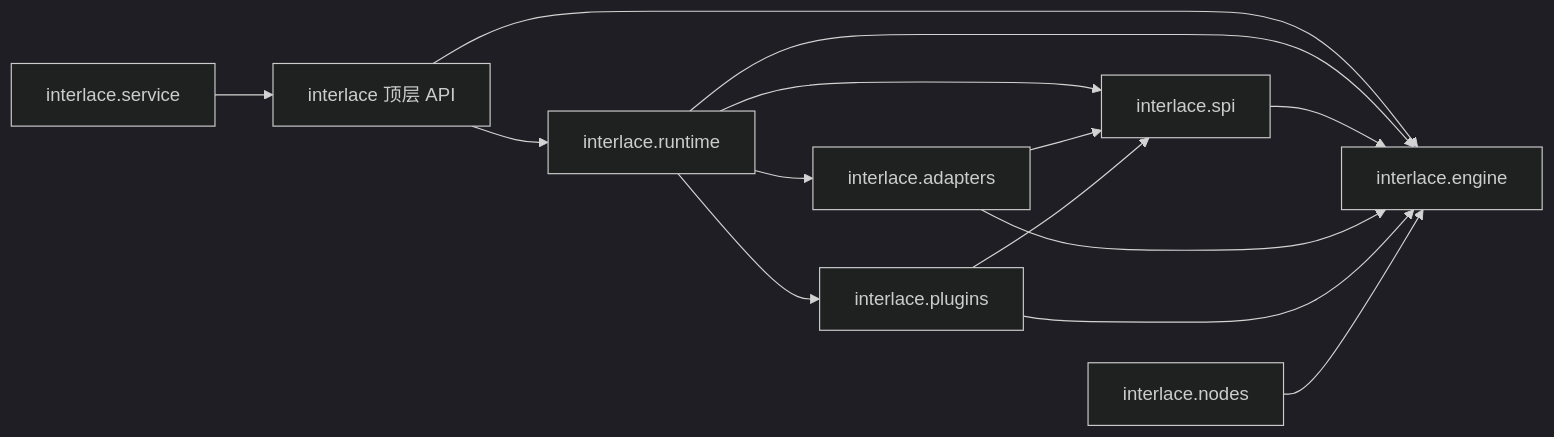
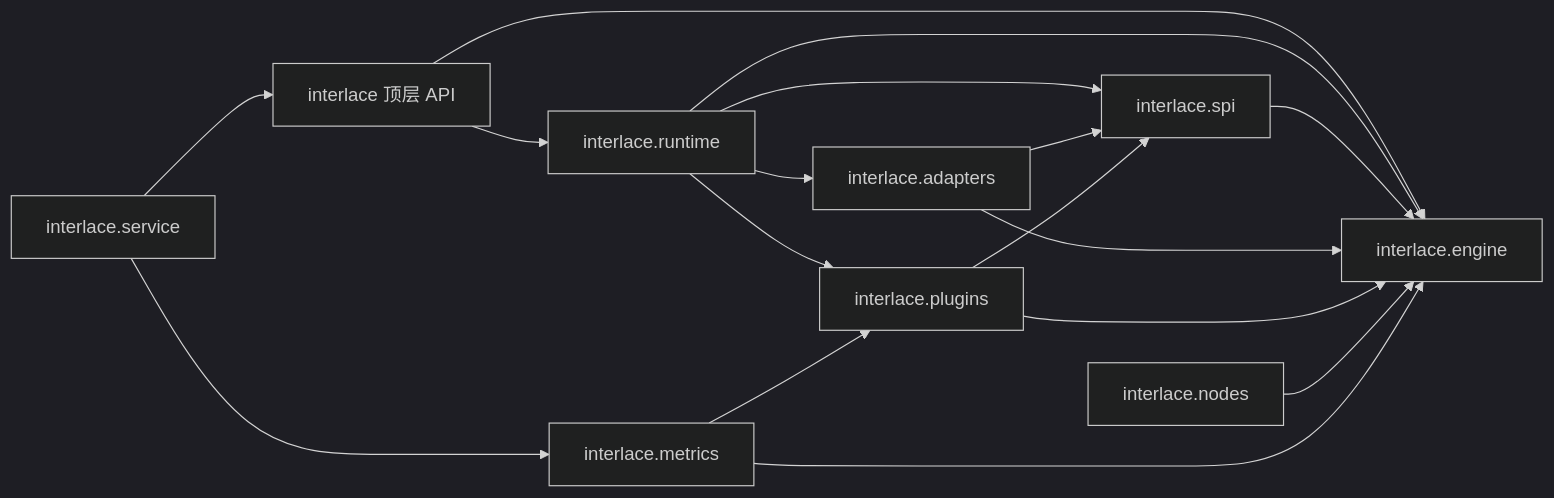
Before and after one commit to KKKKKKKEM/interlace: the first of 6 diagrams in docs/06-runtime-architecture.md, drawn with Mermaid (dark theme). The commit also changed other lines of this file and 29 other files, not shown here.

````diff
--- a/docs/06-runtime-architecture.md
+++ b/docs/06-runtime-architecture.md
@@ -71,16 +73,19 @@
 ```mermaid
 flowchart LR
     Public[interlace 顶层 API] --> Engine[interlace.engine]
     Public --> Runtime[interlace.runtime]
     Runtime --> Engine
     Runtime --> SPI[interlace.spi]
     Runtime --> Plugins[interlace.plugins]
     Runtime --> Adapters[interlace.adapters]
     SPI --> Engine
     Adapters --> SPI
     Adapters --> Engine
     Plugins --> Engine
     Plugins --> SPI
     Nodes[interlace.nodes] --> Engine
     Service[interlace.service] --> Public
+    Metrics[interlace.metrics] --> Engine
+    Metrics --> Plugins
+    Service --> Metrics
 ```
````
